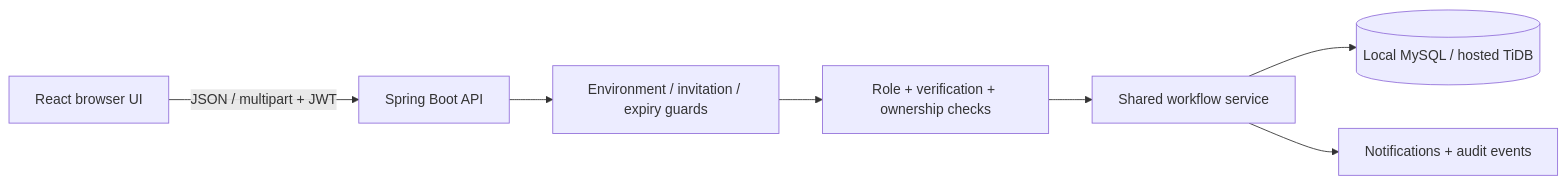
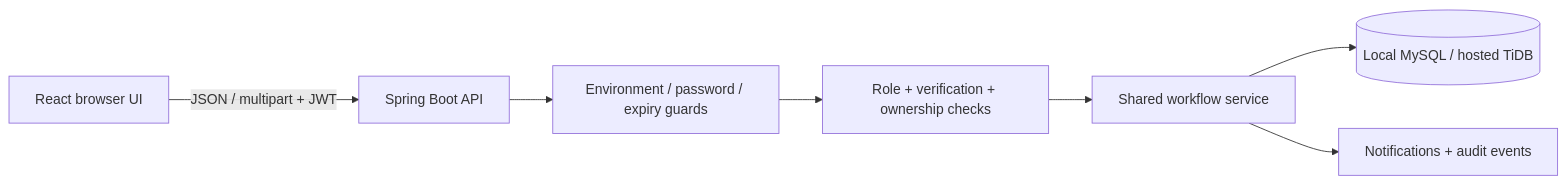
One commit to aswinudhayasivam-create/MedBridge changed the diagram in README.md. Above: the diagram before and after it, drawn with Mermaid. The commit also changed other lines of this file, not shown here.

````diff
--- a/README.md
+++ b/README.md
@@ -74,9 +144,9 @@
 ```mermaid
 flowchart LR
     B[React browser UI] -->|JSON / multipart + JWT| A[Spring Boot API]
-    A --> G[Environment / invitation / expiry guards]
+    A --> G[Environment / password / expiry guards]
     G --> R[Role + verification + ownership checks]
     R --> S[Shared workflow service]
     S --> D[(Local MySQL / hosted TiDB)]
     S --> N[Notifications + audit events]
 ```
````
